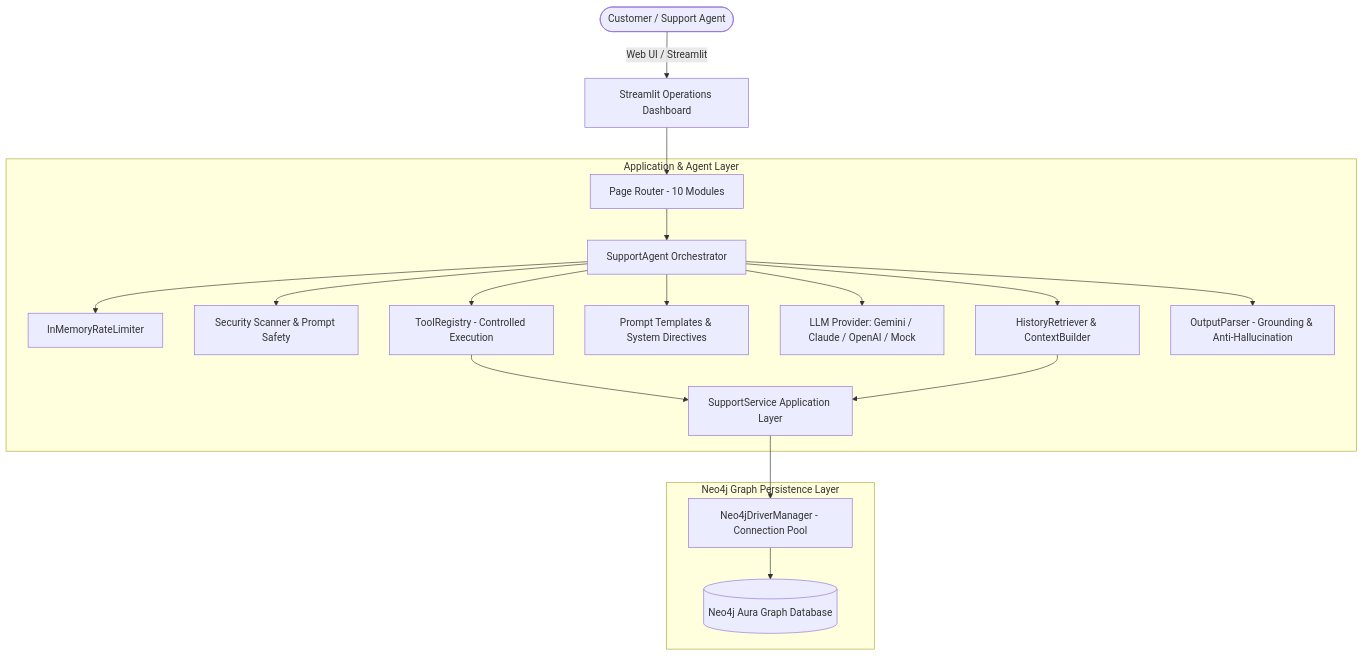
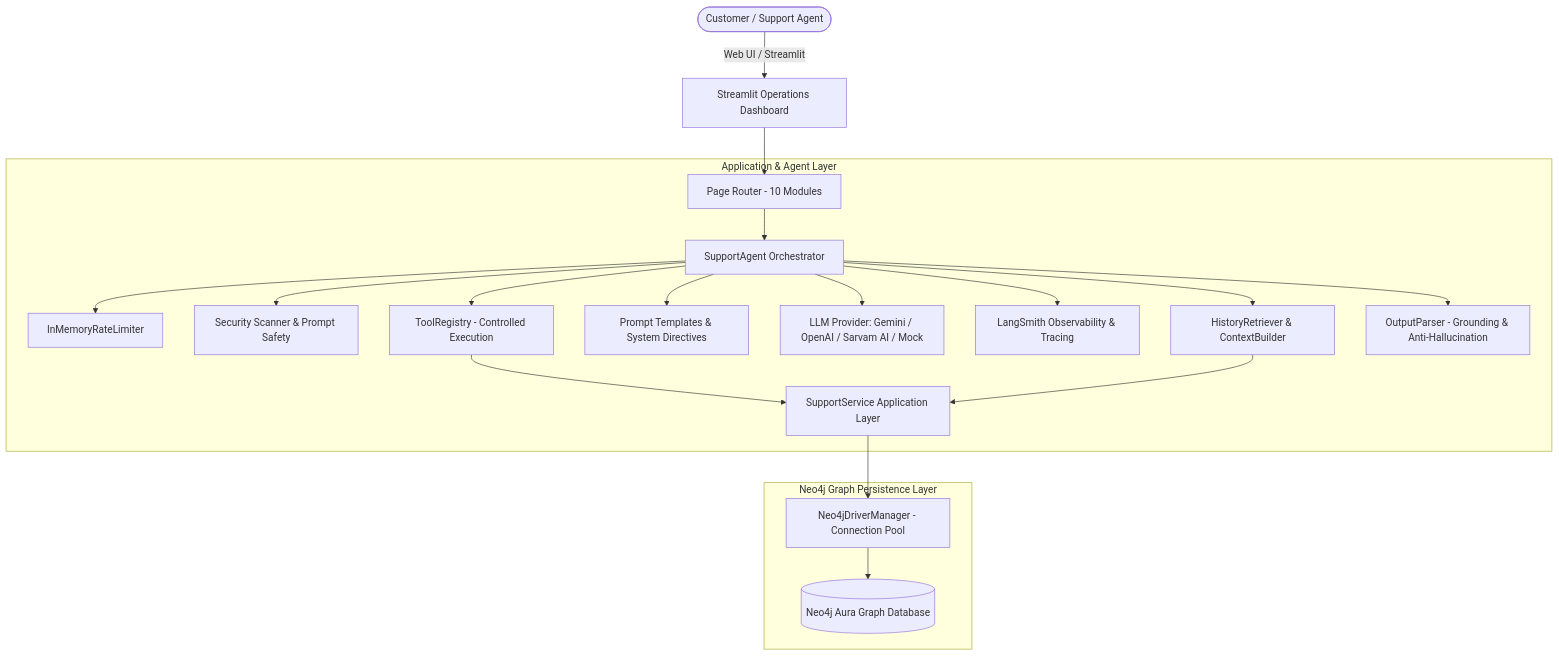
One commit to codingsexpert/graphsupport-ai changed the first of 2 diagrams in docs/HACKATHON_DEMO.md. Above: the diagram before and after it, drawn with Mermaid. The commit also changed 13 other files, not shown here.

Commit message:
feat: integrate LangSmith observability and Sarvam AI provider

````diff
--- a/docs/HACKATHON_DEMO.md
+++ b/docs/HACKATHON_DEMO.md
@@ -46,24 +46,25 @@
 ```mermaid
 graph TD
     User([Customer / Support Agent]) -->|Web UI / Streamlit| Dashboard[Streamlit Operations Dashboard]
     Dashboard --> Router[Page Router - 10 Modules]
     
     subgraph "Application & Agent Layer"
         Router --> SupportAgent[SupportAgent Orchestrator]
         SupportAgent --> Limiter[InMemoryRateLimiter]
         SupportAgent --> SecScanner[Security Scanner & Prompt Safety]
         SupportAgent --> MemRetriever[HistoryRetriever & ContextBuilder]
         SupportAgent --> PromptAssembler[Prompt Templates & System Directives]
-        SupportAgent --> LLMProvider[LLM Provider: Gemini / Claude / OpenAI / Mock]
+        SupportAgent --> LLMProvider[LLM Provider: Gemini / OpenAI / Sarvam AI / Mock]
+        SupportAgent --> LangSmith[LangSmith Observability & Tracing]
         SupportAgent --> ToolReg[ToolRegistry - Controlled Execution]
         SupportAgent --> OutParser[OutputParser - Grounding & Anti-Hallucination]
         
         ToolReg --> SupportService[SupportService Application Layer]
         MemRetriever --> SupportService
     end
 
     subgraph "Neo4j Graph Persistence Layer"
         SupportService --> Driver[Neo4jDriverManager - Connection Pool]
         Driver --> Neo4j[(Neo4j Aura Graph Database)]
     end
 ```
````
